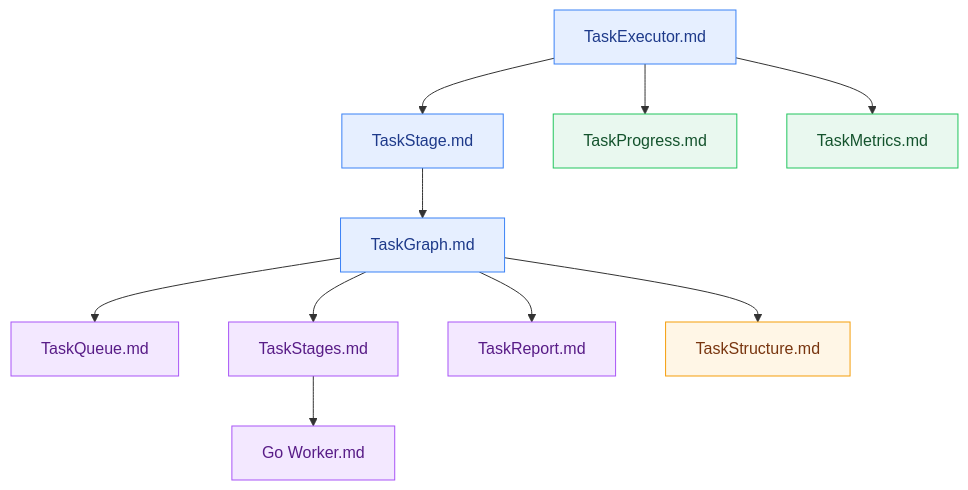
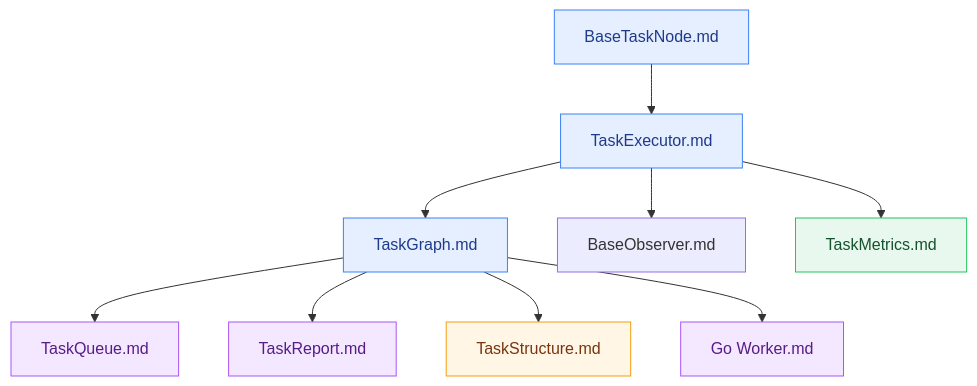
Before and after one commit to Mr-xiaotian/CelestialFlow: the second of 2 diagrams in docs/en/README.md, drawn with Mermaid. The commit also changed other lines of this file and 181 other files, not shown here.

````diff
--- a/docs/en/README.md
+++ b/docs/en/README.md
@@ -169,24 +177,23 @@
 ```mermaid
 flowchart TD
     classDef core fill:#e6efff,stroke:#3b82f6,color:#1e3a8a;
     classDef runtime fill:#e9f8ef,stroke:#22c55e,color:#14532d;
     classDef structure fill:#fff6e6,stroke:#f59e0b,color:#78350f;
     classDef execution fill:#f3e8ff,stroke:#a855f7,color:#581c87;
 
-    TM[TaskExecutor.md] --> TS[TaskStage.md] --> TG[TaskGraph.md]
-    TM --> TP[TaskProgress.md]
-    TM --> TME[TaskMetrics.md]
+    BTN[BaseTaskNode.md] --> TE[TaskExecutor.md] --> TG[TaskGraph.md]
+    TE --> OB[BaseObserver.md]
+    TE --> TME[TaskMetrics.md]
 
     TG --> TQ[TaskQueue.md]
-    TG --> TN[TaskStages.md]
     TG --> TR[TaskReport.md]
     TG --> TSR[TaskStructure.md]
 
-    TN --> GW[Go Worker.md]
+    TG --> GW[Go Worker.md]
 
-    class TM,TS,TG core;
-    class TP,TME runtime;
+    class BTN,TE,TG core;
+    class TME runtime;
     class TSR structure;
-    class TQ,TN,GW execution;
+    class TQ,GW execution;
     class TR execution;
 ```
````
